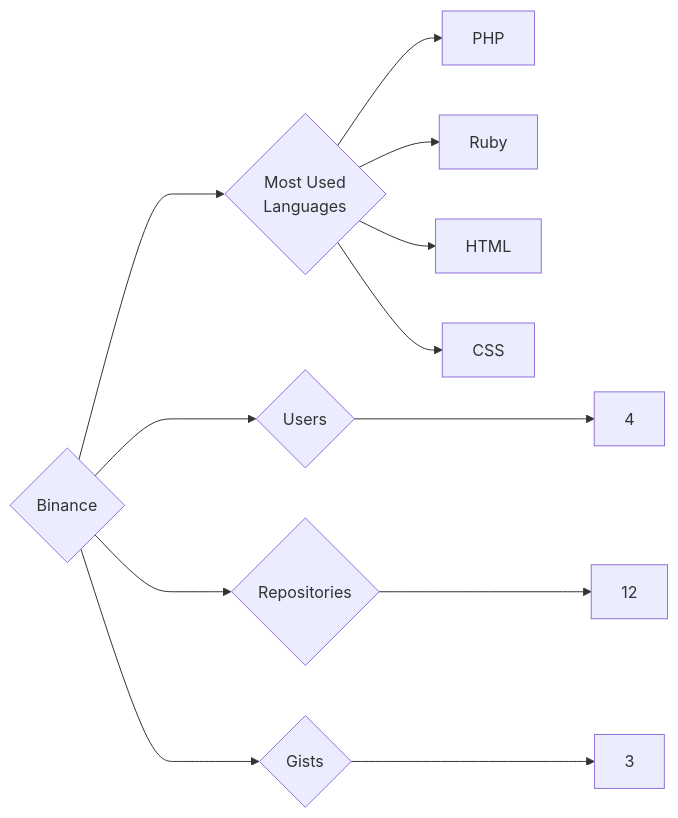
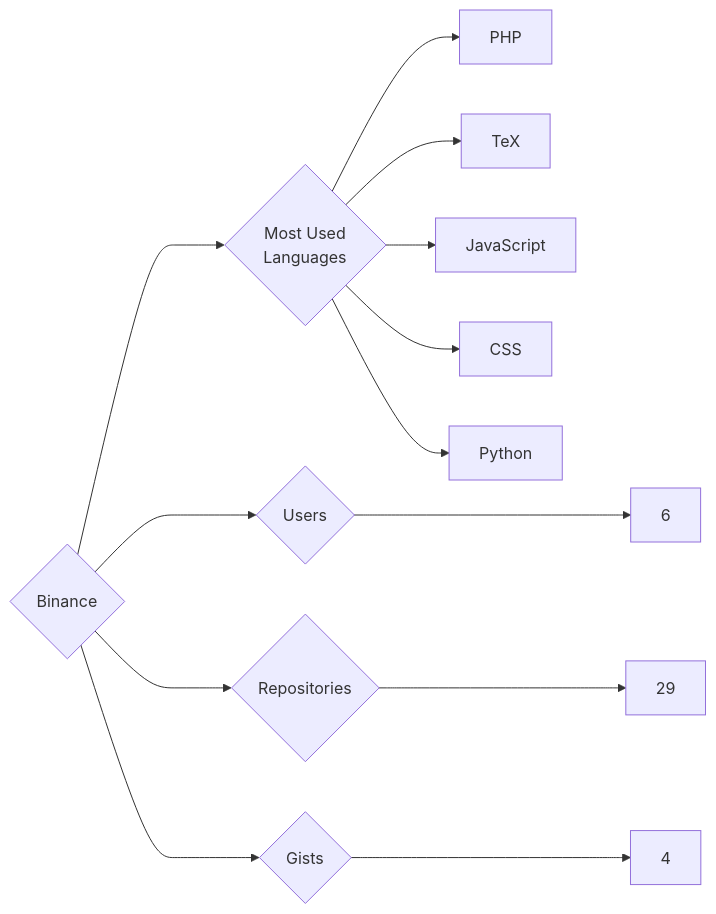
The diagram in targets/Binance/README.md (trickest/insiders), drawn with Mermaid before and after one commit. The commit also changed 815 other files, not shown here.

````diff
--- a/targets/Binance/README.md
+++ b/targets/Binance/README.md
@@ -3,12 +3,13 @@
 ```mermaid
 graph LR
 COMPANY_NAME{Binance}
-COMPANY_NAME ---> U{Users} ---> UN[4]
-COMPANY_NAME ---> R{Repositories} ---> RN[12]
-COMPANY_NAME ---> G{Gists} ---> GN[3]
+COMPANY_NAME ---> U{Users} ---> UN[6]
+COMPANY_NAME ---> R{Repositories} ---> RN[29]
+COMPANY_NAME ---> G{Gists} ---> GN[4]
 COMPANY_NAME ---> ML{Most Used<br>Languages}
 ML --> PHP[PHP]
-ML --> Ruby[Ruby]
-ML --> HTML[HTML]
+ML --> TeX[TeX]
+ML --> JavaScript[JavaScript]
 ML --> CSS[CSS]
+ML --> Python[Python]
 ```
````
